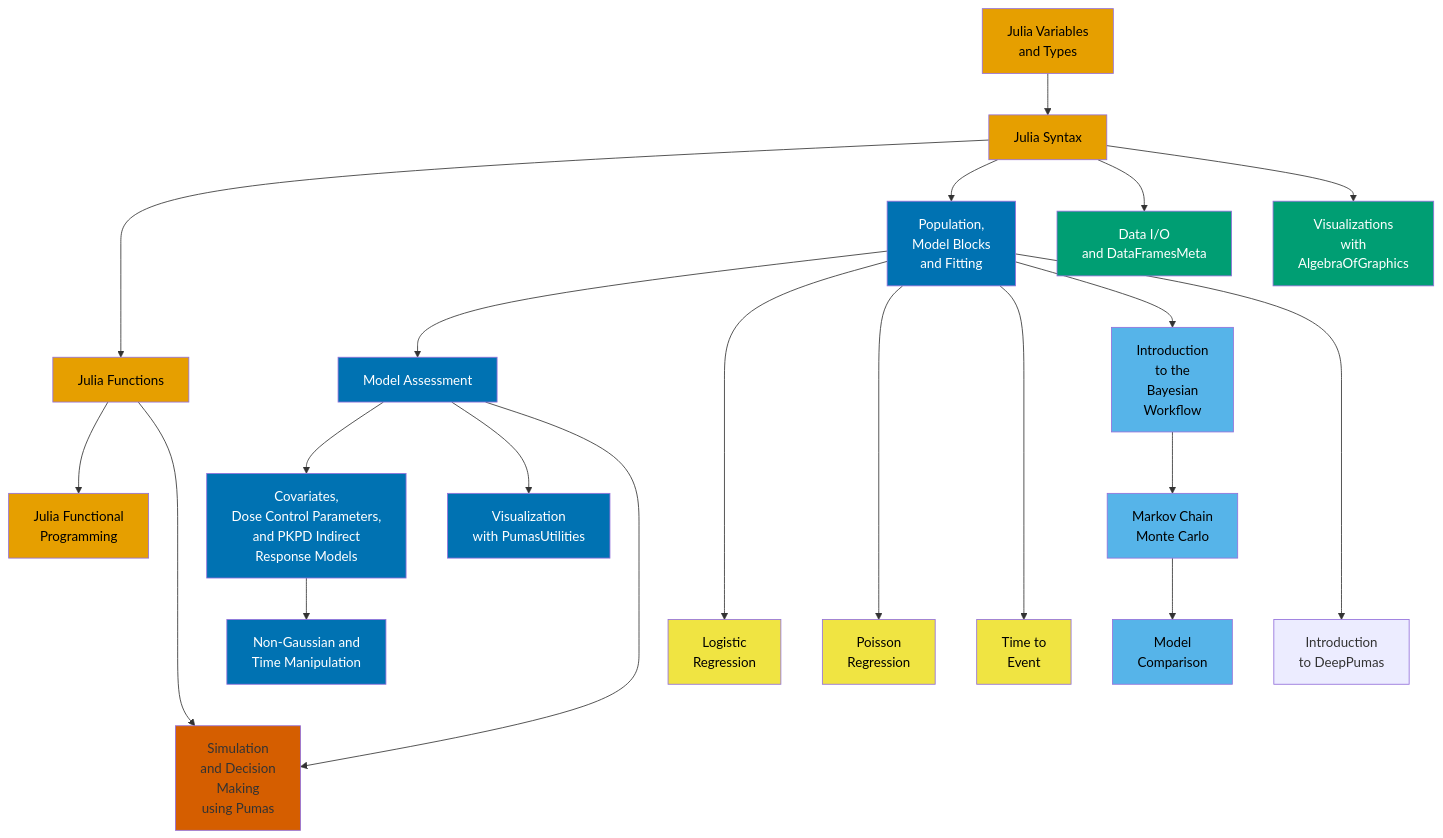
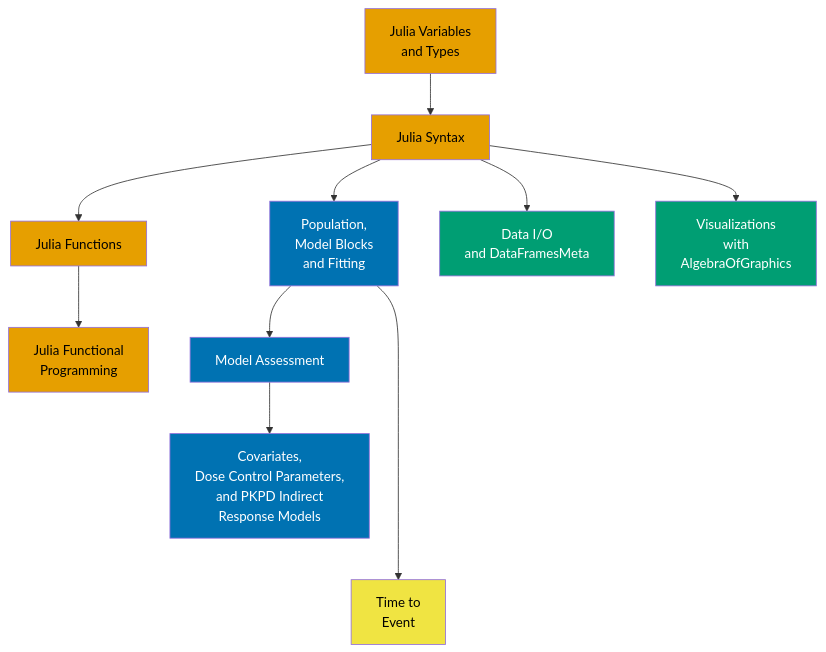
One commit to PumasAI-Labs/Workshops changed the diagram in docs/index.md. Above: the diagram before and after it, drawn with Mermaid.

Commit message:
Comment out entries from the diagram

````diff
--- a/docs/index.md
+++ b/docs/index.md
@@ -41,39 +41,39 @@
 ```mermaid
 graph TB
   J1[Julia Variables\nand Types] --> J2[Julia Syntax];
   J2 --> J3[Julia Functions];
   J3 --> J4[Julia Functional\nProgramming];
   J2 --> N1[Population,\nModel Blocks\nand Fitting];
   N1 --> N2[Model Assessment];
   N2 --> N3[Covariates,\nDose Control Parameters,\nand PKPD Indirect\nResponse Models];
-  N2 --> N4[Visualization\nwith PumasUtilities];
-  N3 --> N5[Non-Gaussian and\nTime Manipulation];
-  N1 ----> D1[Logistic\nRegression];
-  N1 ----> D2[Poisson\nRegression];
+  %% N2 --> N4[Visualization\nwith PumasUtilities];
+  %% N3 --> N5[Non-Gaussian and\nTime Manipulation];
+  %% N1 ----> D1[Logistic\nRegression];
+  %% N1 ----> D2[Poisson\nRegression];
   N1 ----> D3[Time to\nEvent];
-  N1 --> B1[Introduction\nto the\nBayesian\nWorkflow];
-  B1 --> B2[Markov Chain\nMonte Carlo];
-  B2 --> B3[Model\nComparison];
-  N1 ----> DP1[Introduction\nto DeepPumas];
+  %% N1 --> B1[Introduction\nto the\nBayesian\nWorkflow];
+  %% B1 --> B2[Markov Chain\nMonte Carlo];
+  %% B2 --> B3[Model\nComparison];
+  %% N1 ----> DP1[Introduction\nto DeepPumas];
   J2 --> DA1[Data I/O\nand DataFramesMeta];
   J2 --> DA2[Visualizations\nwith\nAlgebraOfGraphics];
-  N2 & J3 ----> S1[Simulation\nand Decision\nMaking\nusing Pumas];
+  %% N2 & J3 ----> S1[Simulation\nand Decision\nMaking\nusing Pumas];
 
   %% This is a good color blind friendly palette
   %% https://gist.github.com/tpoisot/ad38a5ed789cc549b2140f9688447ccd
   %% From https://www.nature.com/articles/nmeth.1618
   classDef orange fill:#e69f00, color:#000000;
   classDef blue fill:#0072b2, color:#ffffff;
   classDef skyblue fill:#56b4e9, color:#000000;
   classDef yellow fill:#f0e442, color:#000000;
   classDef green fill:#009e73, color:#ffffff;
   classDef vermillion fill:#d55e00;
   classDef reddishpurple fill:#cc79a7;
 
   class J1,J2,J3,J4 orange;
   class N1,N2,N3,N4,N5 blue;
   class D1,D2,D3 yellow;
   class B1,B2,B3 skyblue;
   class DA1,DA2 green;
   class S1 vermillion;
 ```
````
